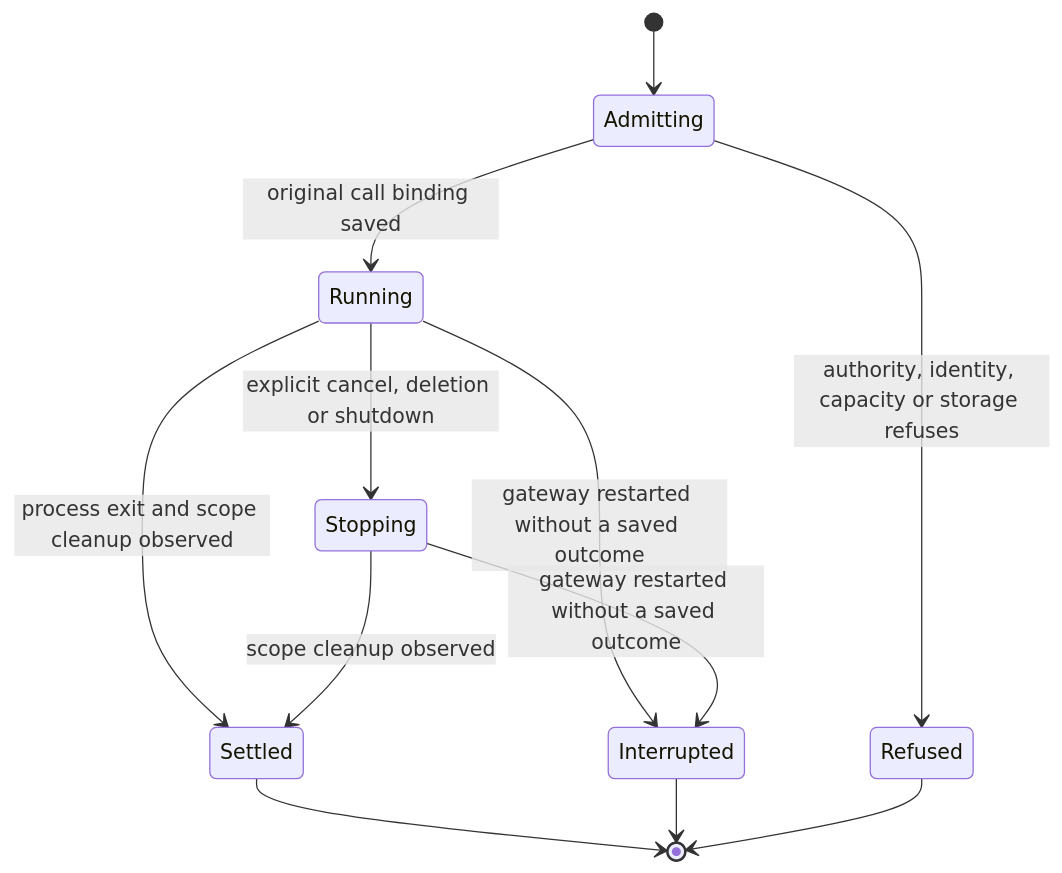
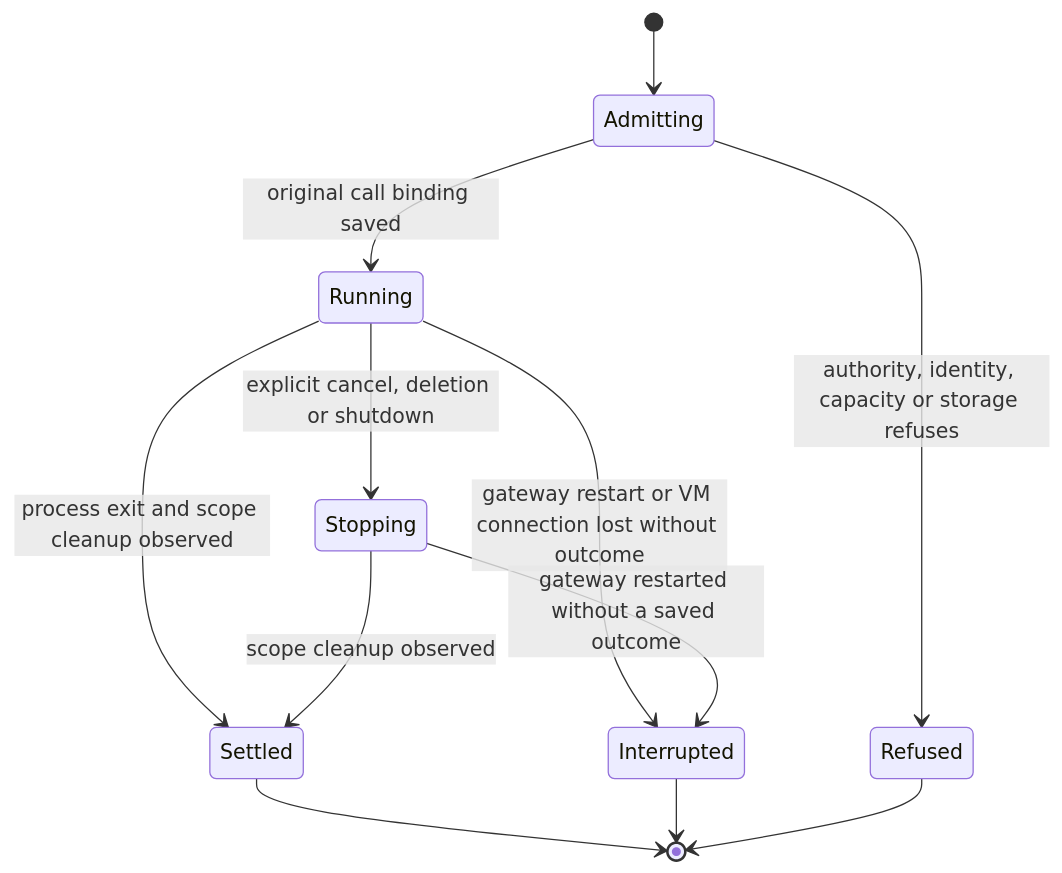
The first of 2 diagrams in docs/state/services/gateway/background-tasks.md (nessalabs/nessa-agent), drawn with Mermaid before and after one commit. The commit also changed other lines of this file and 29 other files, not shown here.

````diff
--- a/docs/state/services/gateway/background-tasks.md
+++ b/docs/state/services/gateway/background-tasks.md
@@ -57,14 +64,14 @@
 ```mermaid
 stateDiagram-v2
     [*] --> Admitting
     Admitting --> Refused: authority, identity, capacity or storage refuses
     Admitting --> Running: original call binding saved
     Running --> Stopping: explicit cancel, deletion or shutdown
     Running --> Settled: process exit and scope cleanup observed
     Stopping --> Settled: scope cleanup observed
-    Running --> Interrupted: gateway restarted without a saved outcome
+    Running --> Interrupted: gateway restart or VM connection lost without outcome
     Stopping --> Interrupted: gateway restarted without a saved outcome
     Settled --> [*]
     Interrupted --> [*]
     Refused --> [*]
 ```
````
